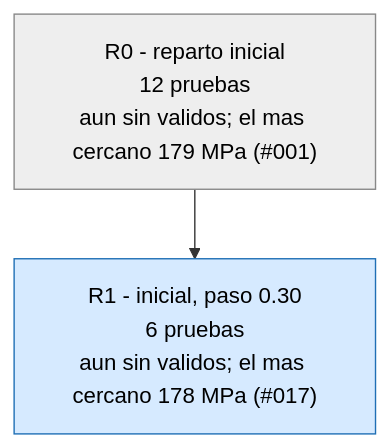
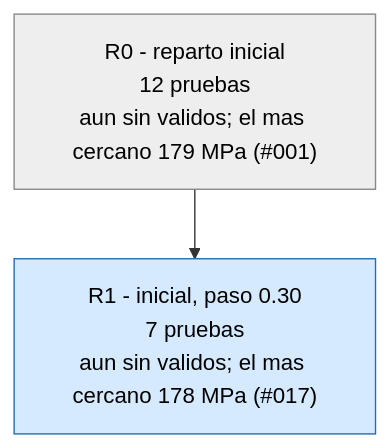
The second of 3 diagrams in runs/opt_37800N/ARBOL.md (Hugiko/msd-soporte-optimizacion), drawn with Mermaid before and after one commit. The commit also changed 22 other files, not shown here.

````diff
--- a/runs/opt_37800N/ARBOL.md
+++ b/runs/opt_37800N/ARBOL.md
@@ -21,9 +21,9 @@
 ```mermaid
 graph TD
 classDef activa fill:#d6eaff,stroke:#1f6fb5,color:#000
 classDef fin fill:#eeeeee,stroke:#888,color:#000
 classDef mejor fill:#c8f0c0,stroke:#1a9850,stroke-width:4px,color:#000
 R0["R0 - reparto inicial<br/>12 pruebas<br/>aun sin validos; el mas cercano 179 MPa (#001)"]:::fin
-R1["R1 - inicial, paso 0.30<br/>6 pruebas<br/>aun sin validos; el mas cercano 178 MPa (#017)"]:::activa
+R1["R1 - inicial, paso 0.30<br/>7 pruebas<br/>aun sin validos; el mas cercano 178 MPa (#017)"]:::activa
 R0 --> R1
 ```
````
